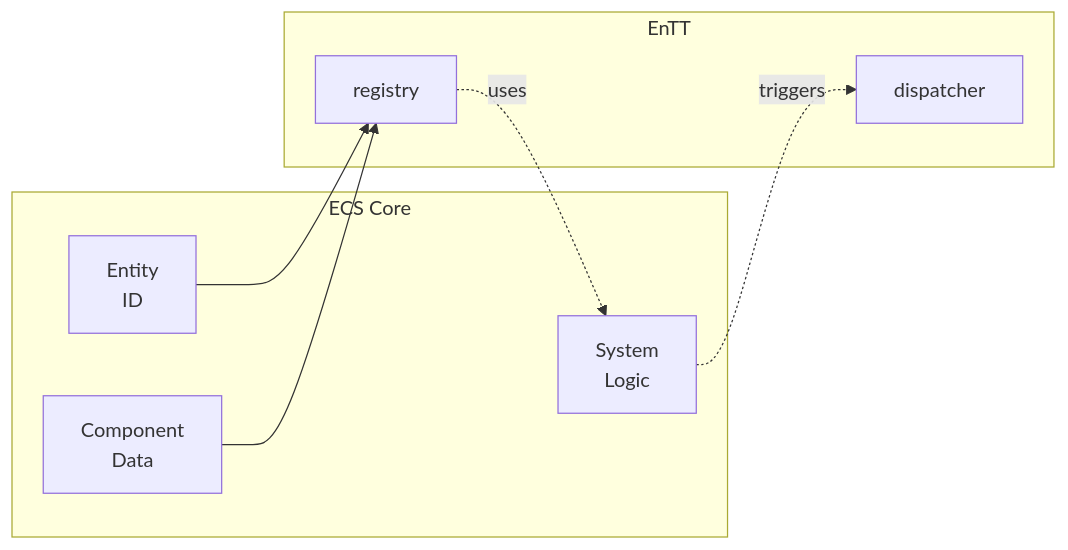
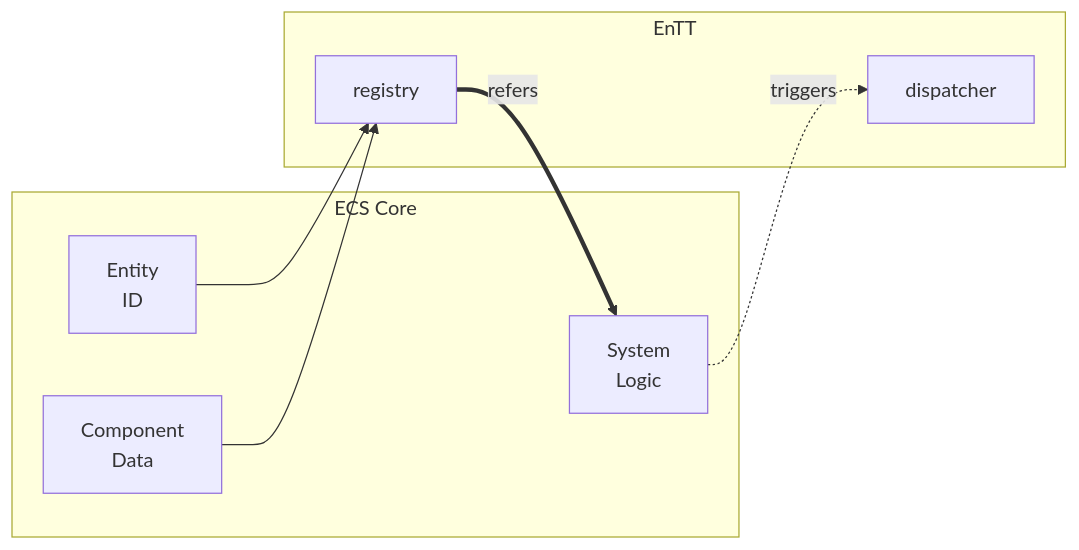
One commit to Siegward-of-Catarina/ShootingGame changed the fourth of 5 diagrams in docs/architecture.md. Above: the diagram before and after it, drawn with Mermaid.

Commit message:
Change ECS registry to system relationship to refers

````diff
--- a/docs/architecture.md
+++ b/docs/architecture.md
@@ -138,18 +138,18 @@
 ```mermaid
 graph LR
     subgraph "ECS Core"
         E[Entity<br/>ID]
         C[Component<br/>Data]
         S[System<br/>Logic]
     end
     
     subgraph "EnTT"
         R[registry]
         D[dispatcher]
     end
     
     E --> R
     C --> R
-    R -.uses.-> S
+    R ==refers==> S
     S -.triggers.-> D
 ```
````
